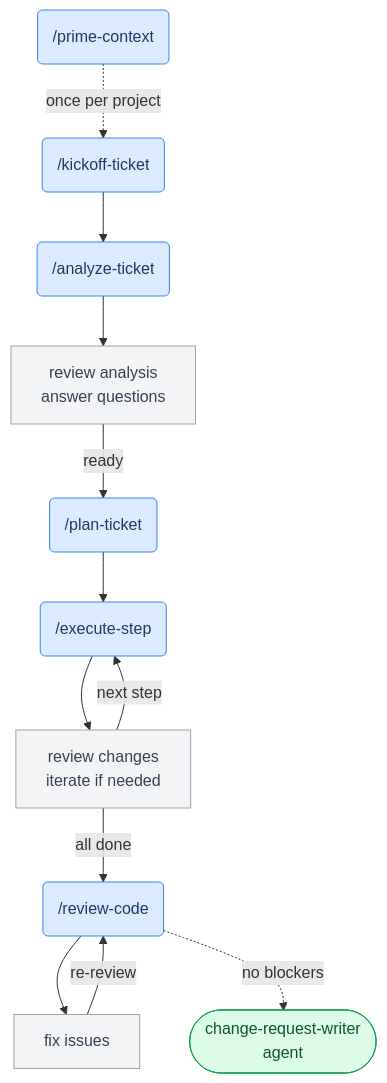
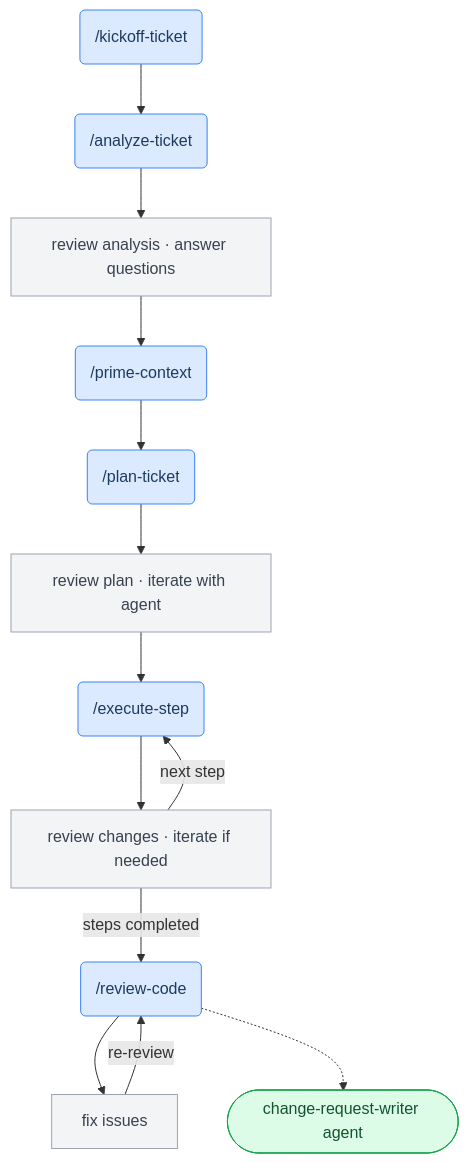
The diagram in README.md (kalopilato/dotclaude), drawn with Mermaid before and after one commit.

Commit message:
improve mermaid diagram

````diff
--- a/README.md
+++ b/README.md
@@ -21,33 +21,35 @@
 ```mermaid
 flowchart TD
     PC("/prime-context")
     KT("/kickoff-ticket")
     AT("/analyze-ticket")
     PT("/plan-ticket")
     ES("/execute-step")
     RC("/review-code")
-    CRW(["change-request-writer\nagent"])
+    CRW(["change-request-writer agent"])
 
-    U1["review analysis\nanswer questions"]
-    U2["review changes\niterate if needed"]
-    U3["fix issues"]
+    U1["review analysis · answer questions"]
+    U2["review plan · iterate with agent"]
+    U3["review changes · iterate if needed"]
+    U4["fix issues"]
 
-    PC -.->|"once per project"| KT
     KT --> AT
     AT --> U1
-    U1 -->|"ready"| PT
-    PT --> ES
-    ES --> U2
-    U2 -->|"next step"| ES
-    U2 -->|"all done"| RC
-    RC --> U3
-    U3 -->|"re-review"| RC
-    RC -.->|"no blockers"| CRW
+    U1 --> PC
+    PC --> PT
+    PT --> U2
+    U2 --> ES
+    ES --> U3
+    U3 -->|"next step"| ES
+    U3 -->|"steps completed"| RC
+    RC --> U4
+    U4 -->|"re-review"| RC
+    RC -.-> CRW
 
     classDef cmd fill:#dbeafe,stroke:#3b82f6,color:#1e3a5f
     classDef user fill:#f3f4f6,stroke:#9ca3af,color:#374151
     classDef agent fill:#dcfce7,stroke:#16a34a,color:#14532d
     class PC,KT,AT,PT,ES,RC cmd
-    class U1,U2,U3 user
+    class U1,U2,U3,U4 user
     class CRW agent
 ```
````
